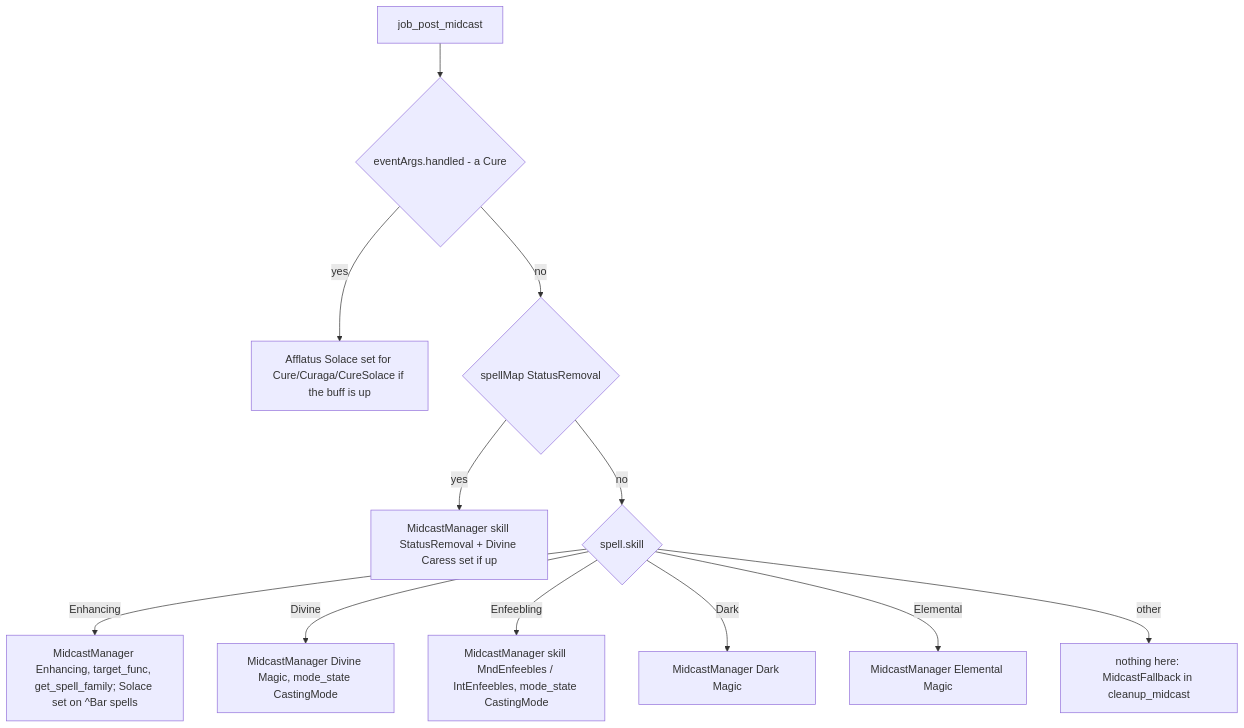
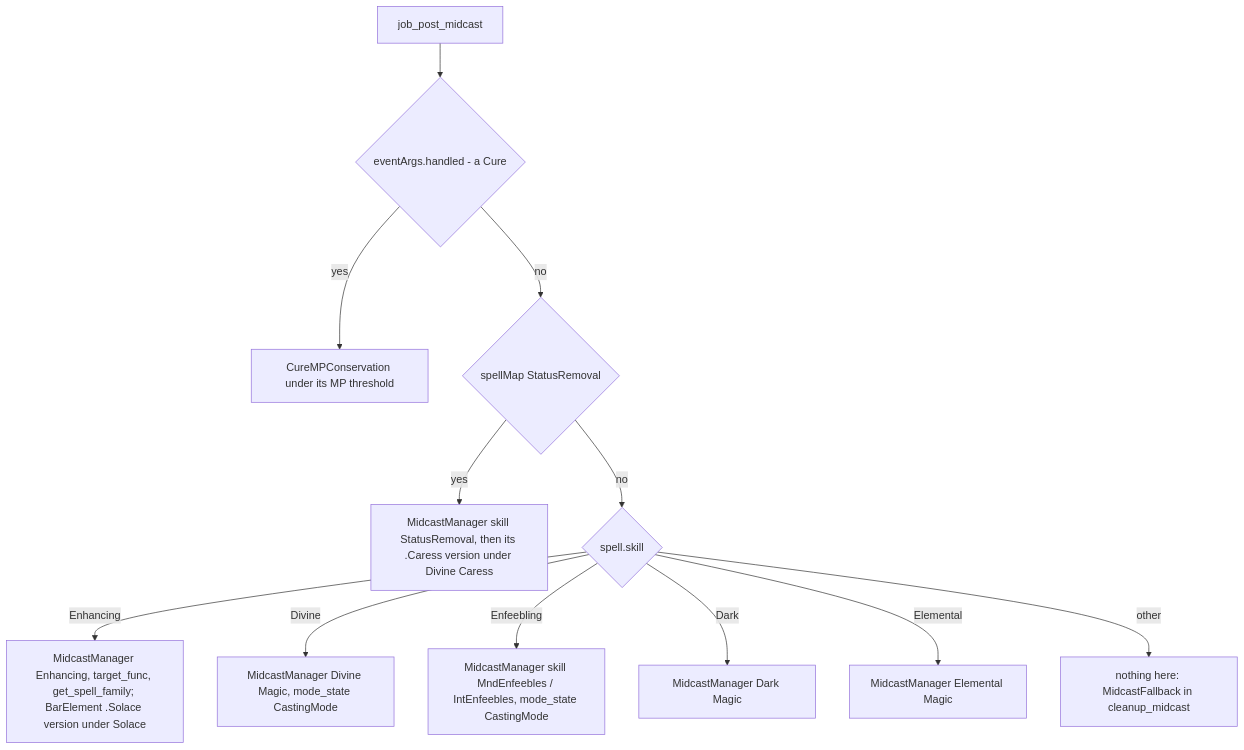
One commit to ejouanchicot/Gearswap changed the second of 2 diagrams in docs/dev/jobs/whm.md. Above: the diagram before and after it, drawn with Mermaid. The commit also changed other lines of this file and 19 other files, not shown here.

First line of the commit message:
feat(whm, rdm): MP economy on Cures, ability pieces in the spell's own set

````diff
--- a/docs/dev/jobs/whm.md
+++ b/docs/dev/jobs/whm.md
@@ -192,14 +195,14 @@
 ```mermaid
 flowchart TD
     A[job_post_midcast] --> H{eventArgs.handled - a Cure}
-    H -- yes --> O[Afflatus Solace set for Cure/Curaga/CureSolace if the buff is up]
+    H -- yes --> O[CureMPConservation under its MP threshold]
     H -- no --> S{spellMap StatusRemoval}
-    S -- yes --> SR[MidcastManager skill StatusRemoval + Divine Caress set if up]
+    S -- yes --> SR[MidcastManager skill StatusRemoval, then its .Caress version under Divine Caress]
     S -- no --> E{spell.skill}
-    E -- Enhancing --> EN[MidcastManager Enhancing, target_func, get_spell_family; Solace set on ^Bar spells]
+    E -- Enhancing --> EN[MidcastManager Enhancing, target_func, get_spell_family; BarElement .Solace version under Solace]
     E -- Divine --> DV[MidcastManager Divine Magic, mode_state CastingMode]
     E -- Enfeebling --> EF[MidcastManager skill MndEnfeebles / IntEnfeebles, mode_state CastingMode]
     E -- Dark --> DK[MidcastManager Dark Magic]
     E -- Elemental --> EL[MidcastManager Elemental Magic]
     E -- other --> FB[nothing here: MidcastFallback in cleanup_midcast]
 ```
````
